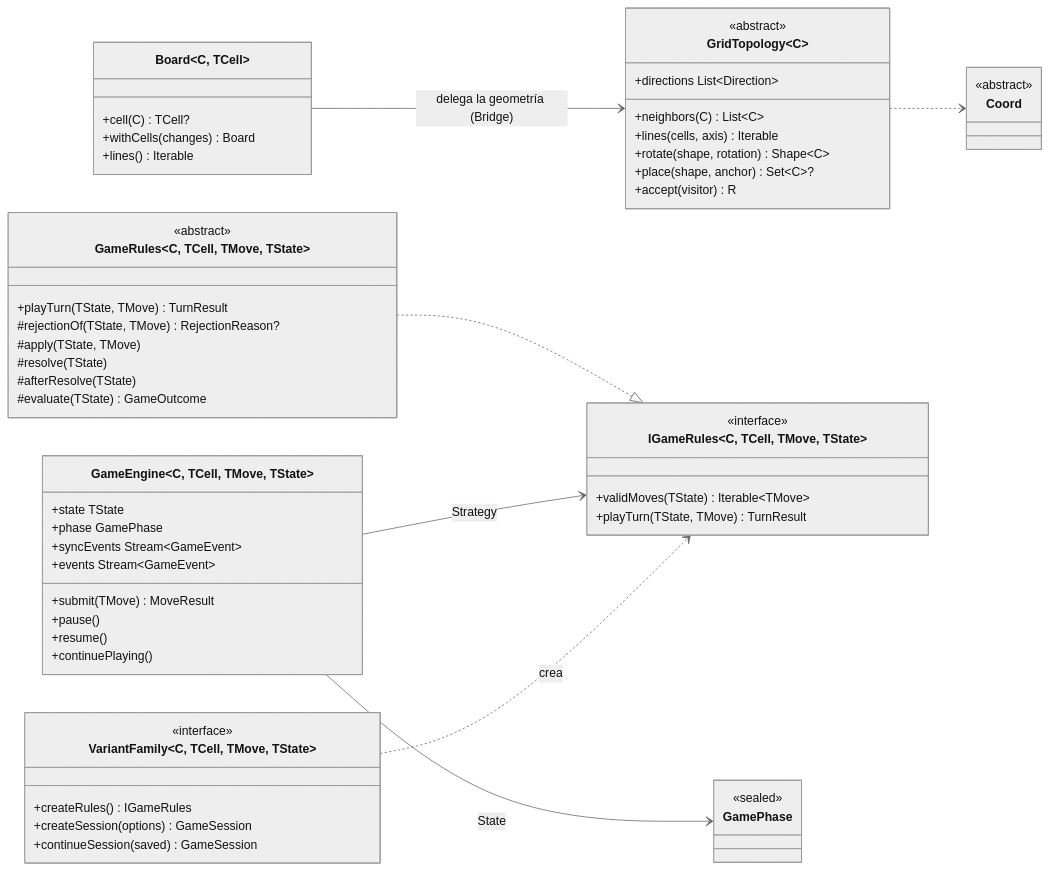
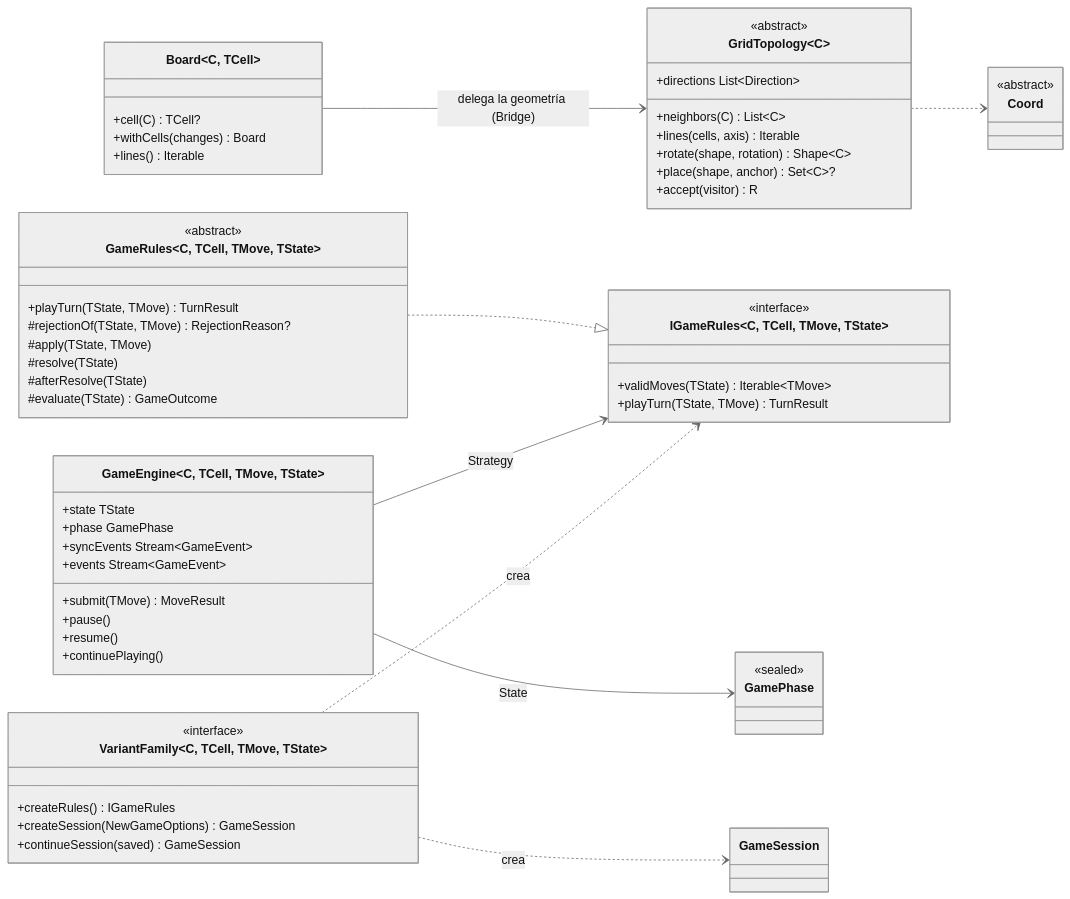
The first of 2 diagrams in docs/architecture/ARQ-02-MOTOR.md (DanielHaro28/hexablock-app), drawn with Mermaid (neutral theme) before and after one commit. The commit also changed other lines of this file and 12 other files, not shown here.

First line of the commit message:
feat(engine): add the VariantFamily interface and NewGameOptions (#112)

````diff
--- a/docs/architecture/ARQ-02-MOTOR.md
+++ b/docs/architecture/ARQ-02-MOTOR.md
@@ -59,60 +59,61 @@
 ```mermaid
 classDiagram
     direction LR
     class Coord {
       <<abstract>>
     }
     class GridTopology~C~ {
       <<abstract>>
       +neighbors(C) List~C~
       +lines(cells, axis) Iterable
       +directions List~Direction~
       +rotate(shape, rotation) Shape~C~
       +place(shape, anchor) Set~C~?
       +accept(visitor) R
     }
     class Board~C, TCell~ {
       +cell(C) TCell?
       +withCells(changes) Board
       +lines() Iterable
     }
     class IGameRules~C, TCell, TMove, TState~ {
       <<interface>>
       +validMoves(TState) Iterable~TMove~
       +playTurn(TState, TMove) TurnResult
     }
     class GameRules~C, TCell, TMove, TState~ {
       <<abstract>>
       +playTurn(TState, TMove) TurnResult
       #rejectionOf(TState, TMove) RejectionReason?
       #apply(TState, TMove)
       #resolve(TState)
       #afterResolve(TState)
       #evaluate(TState) GameOutcome
     }
     class GameEngine~C, TCell, TMove, TState~ {
       +state TState
       +phase GamePhase
       +syncEvents Stream~GameEvent~
       +events Stream~GameEvent~
       +submit(TMove) MoveResult
       +pause()
       +resume()
       +continuePlaying()
     }
     class GamePhase {
       <<sealed>>
     }
     class VariantFamily~C, TCell, TMove, TState~ {
       <<interface>>
       +createRules() IGameRules
-      +createSession(options) GameSession
+      +createSession(NewGameOptions) GameSession
       +continueSession(saved) GameSession
     }
     Board --> GridTopology : delega la geometría (Bridge)
     GridTopology ..> Coord
     GameRules ..|> IGameRules
     GameEngine --> IGameRules : Strategy
     GameEngine --> GamePhase : State
     VariantFamily ..> IGameRules : crea
+    VariantFamily ..> GameSession : crea
 ```
````
